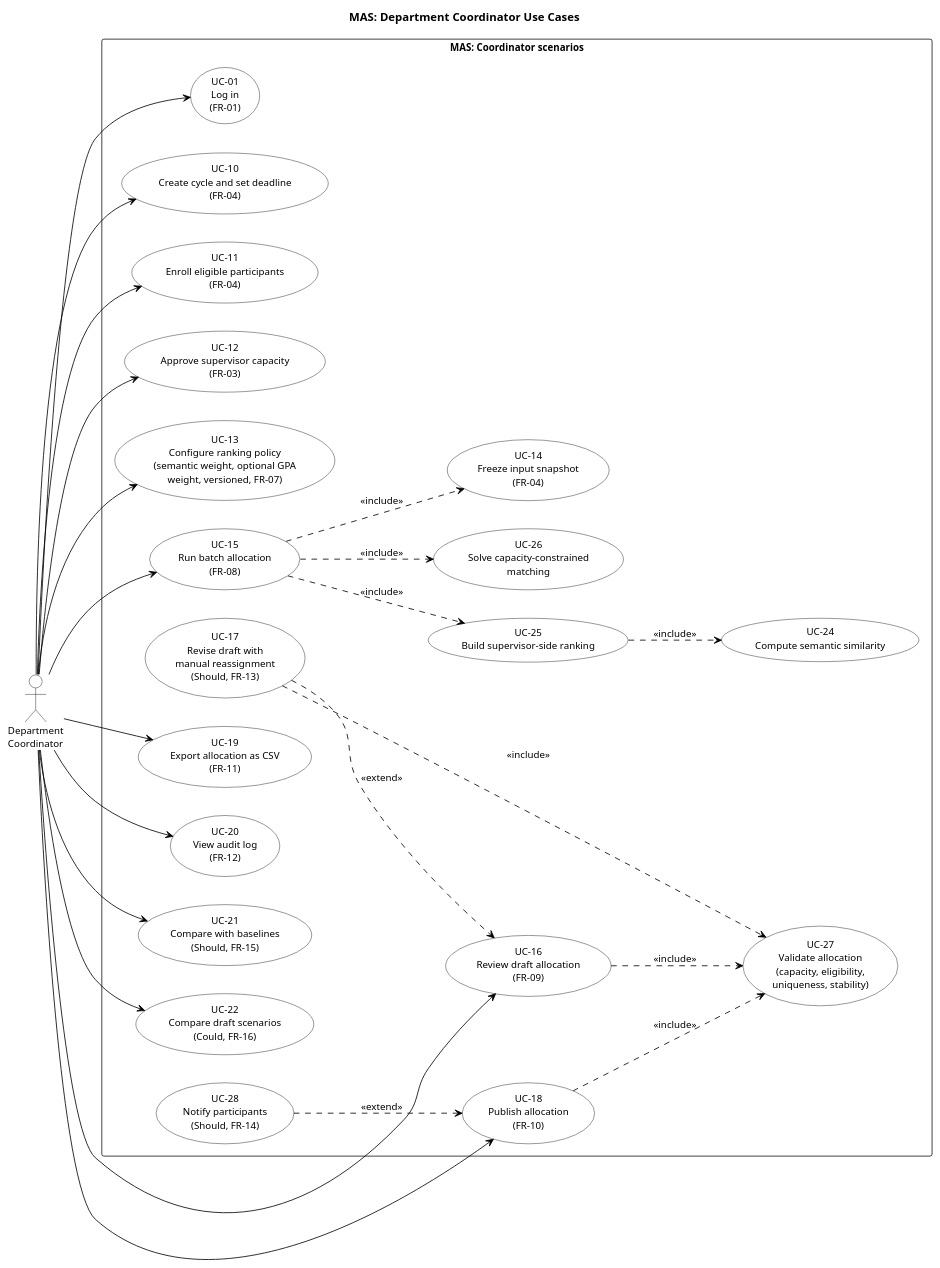
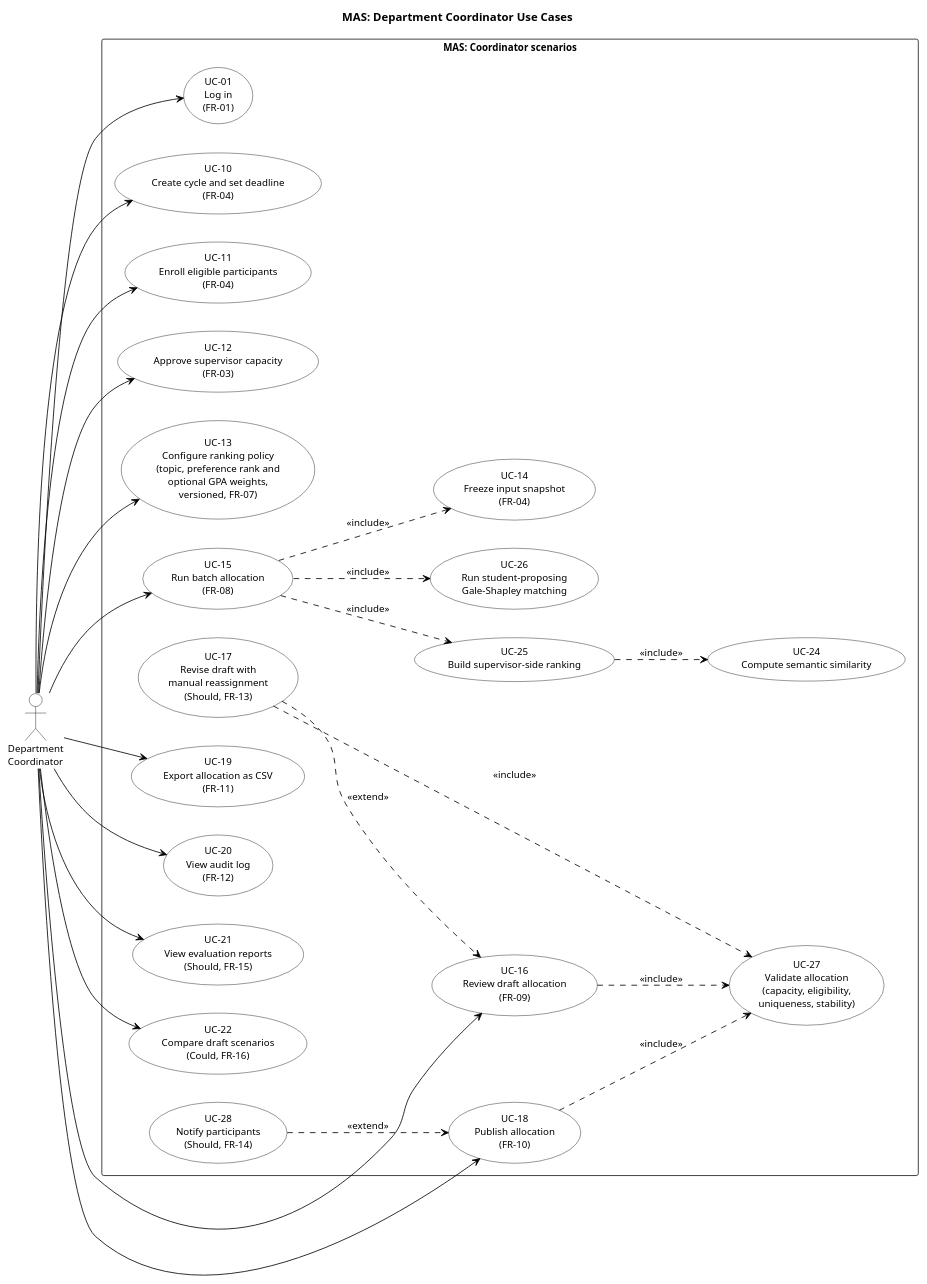
One commit to Diasb4/Diploma changed the fourth of 4 diagrams in diagrams/src/use-case.puml. Above: the diagram before and after it, drawn with PlantUML. The commit also changed 3 other files, not shown here.

First line of the commit message:
MAS-13: Follow the three-weight policy and Gale-Shapley matching in the use cases

```diff
--- a/diagrams/src/use-case.puml
+++ b/diagrams/src/use-case.puml
@@ -152,67 +152,67 @@
 @startuml use-case-coordinator
 title MAS: Department Coordinator Use Cases
 
 left to right direction
 skinparam shadowing false
 skinparam defaultFontName Arial
 skinparam defaultFontSize 12
 skinparam ArrowColor Black
 skinparam usecase {
   BackgroundColor White
   BorderColor Black
 }
 skinparam actor {
   BackgroundColor White
   BorderColor Black
 }
 
 actor "Department\nCoordinator" as Coordinator
 
 rectangle "MAS: Coordinator scenarios" {
   usecase "UC-01\nLog in\n(FR-01)" as UC01
   usecase "UC-10\nCreate cycle and set deadline\n(FR-04)" as UC10
   usecase "UC-11\nEnroll eligible participants\n(FR-04)" as UC11
   usecase "UC-12\nApprove supervisor capacity\n(FR-03)" as UC12
-  usecase "UC-13\nConfigure ranking policy\n(semantic weight, optional GPA\nweight, versioned, FR-07)" as UC13
+  usecase "UC-13\nConfigure ranking policy\n(topic, preference rank and\noptional GPA weights,\nversioned, FR-07)" as UC13
   usecase "UC-14\nFreeze input snapshot\n(FR-04)" as UC14
   usecase "UC-15\nRun batch allocation\n(FR-08)" as UC15
   usecase "UC-16\nReview draft allocation\n(FR-09)" as UC16
   usecase "UC-17\nRevise draft with\nmanual reassignment\n(Should, FR-13)" as UC17
   usecase "UC-18\nPublish allocation\n(FR-10)" as UC18
   usecase "UC-19\nExport allocation as CSV\n(FR-11)" as UC19
   usecase "UC-20\nView audit log\n(FR-12)" as UC20
-  usecase "UC-21\nCompare with baselines\n(Should, FR-15)" as UC21
+  usecase "UC-21\nView evaluation reports\n(Should, FR-15)" as UC21
   usecase "UC-22\nCompare draft scenarios\n(Could, FR-16)" as UC22
 
   usecase "UC-24\nCompute semantic similarity" as UC24
   usecase "UC-25\nBuild supervisor-side ranking" as UC25
-  usecase "UC-26\nSolve capacity-constrained\nmatching" as UC26
+  usecase "UC-26\nRun student-proposing\nGale-Shapley matching" as UC26
   usecase "UC-27\nValidate allocation\n(capacity, eligibility,\nuniqueness, stability)" as UC27
   usecase "UC-28\nNotify participants\n(Should, FR-14)" as UC28
 }
 
 Coordinator --> UC01
 Coordinator --> UC10
 Coordinator --> UC11
 Coordinator --> UC12
 Coordinator --> UC13
 Coordinator --> UC15
 Coordinator --> UC16
 Coordinator --> UC18
 Coordinator --> UC19
 Coordinator --> UC20
 Coordinator --> UC21
 Coordinator --> UC22
 
 UC15 ..> UC14 : <<include>>
 UC15 ..> UC25 : <<include>>
 UC15 ..> UC26 : <<include>>
 UC25 ..> UC24 : <<include>>
 UC16 ..> UC27 : <<include>>
 UC18 ..> UC27 : <<include>>
 
 UC17 ..> UC16 : <<extend>>
 UC17 ..> UC27 : <<include>>
 UC28 ..> UC18 : <<extend>>
 
 @enduml
```
